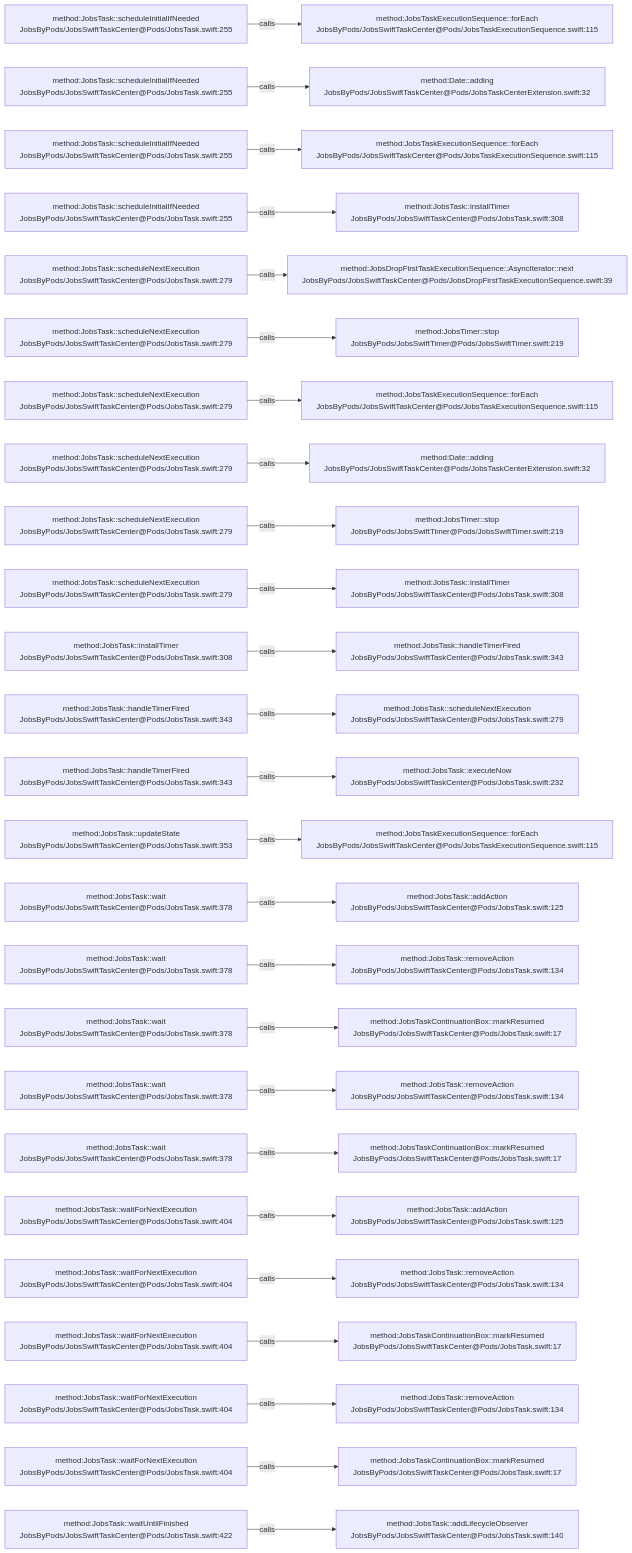
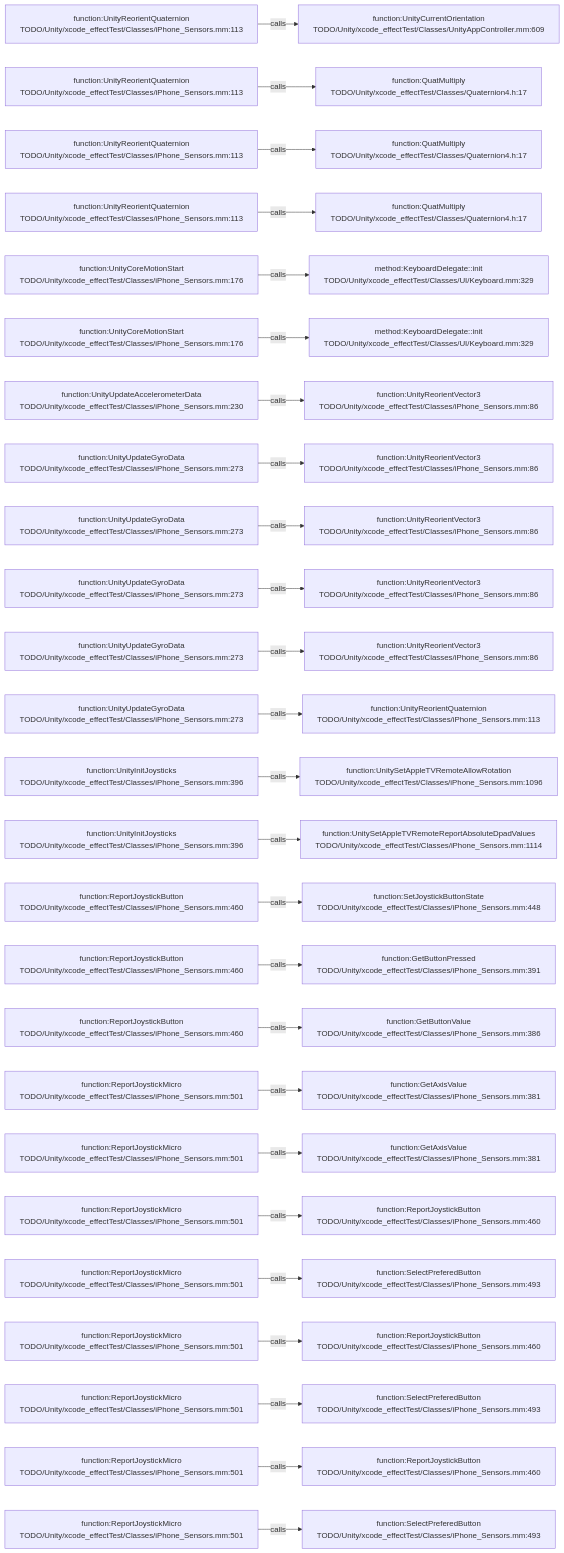
The diagram in .codegraph/codegraph.md/graphs/calls-051.md (JobsKits/JobsSwiftBaseConfigDemo), drawn with Mermaid before and after one commit. The commit also changed 227 other files, not shown here.

````diff
--- a/.codegraph/codegraph.md/graphs/calls-051.md
+++ b/.codegraph/codegraph.md/graphs/calls-051.md
@@ -13,78 +13,78 @@
 ```mermaid
 flowchart LR
-  S1["method:JobsTask::scheduleInitialIfNeeded<br/>JobsByPods/JobsSwiftTaskCenter@Pods/JobsTask.swift:255"]
-  T1["method:JobsTaskExecutionSequence::forEach<br/>JobsByPods/JobsSwiftTaskCenter@Pods/JobsTaskExecutionSequence.swift:115"]
+  S1["function:UnityReorientQuaternion<br/>TODO/Unity/xcode_effectTest/Classes/iPhone_Sensors.mm:113"]
+  T1["function:UnityCurrentOrientation<br/>TODO/Unity/xcode_effectTest/Classes/UnityAppController.mm:609"]
   S1 -->|calls| T1
-  S2["method:JobsTask::scheduleInitialIfNeeded<br/>JobsByPods/JobsSwiftTaskCenter@Pods/JobsTask.swift:255"]
-  T2["method:Date::adding<br/>JobsByPods/JobsSwiftTaskCenter@Pods/JobsTaskCenterExtension.swift:32"]
+  S2["function:UnityReorientQuaternion<br/>TODO/Unity/xcode_effectTest/Classes/iPhone_Sensors.mm:113"]
+  T2["function:QuatMultiply<br/>TODO/Unity/xcode_effectTest/Classes/Quaternion4.h:17"]
   S2 -->|calls| T2
-  S3["method:JobsTask::scheduleInitialIfNeeded<br/>JobsByPods/JobsSwiftTaskCenter@Pods/JobsTask.swift:255"]
-  T3["method:JobsTaskExecutionSequence::forEach<br/>JobsByPods/JobsSwiftTaskCenter@Pods/JobsTaskExecutionSequence.swift:115"]
+  S3["function:UnityReorientQuaternion<br/>TODO/Unity/xcode_effectTest/Classes/iPhone_Sensors.mm:113"]
+  T3["function:QuatMultiply<br/>TODO/Unity/xcode_effectTest/Classes/Quaternion4.h:17"]
   S3 -->|calls| T3
-  S4["method:JobsTask::scheduleInitialIfNeeded<br/>JobsByPods/JobsSwiftTaskCenter@Pods/JobsTask.swift:255"]
-  T4["method:JobsTask::installTimer<br/>JobsByPods/JobsSwiftTaskCenter@Pods/JobsTask.swift:308"]
+  S4["function:UnityReorientQuaternion<br/>TODO/Unity/xcode_effectTest/Classes/iPhone_Sensors.mm:113"]
+  T4["function:QuatMultiply<br/>TODO/Unity/xcode_effectTest/Classes/Quaternion4.h:17"]
   S4 -->|calls| T4
-  S5["method:JobsTask::scheduleNextExecution<br/>JobsByPods/JobsSwiftTaskCenter@Pods/JobsTask.swift:279"]
-  T5["method:JobsDropFirstTaskExecutionSequence::AsyncIterator::next<br/>JobsByPods/JobsSwiftTaskCenter@Pods/JobsDropFirstTaskExecutionSequence.swift:39"]
+  S5["function:UnityCoreMotionStart<br/>TODO/Unity/xcode_effectTest/Classes/iPhone_Sensors.mm:176"]
+  T5["method:KeyboardDelegate::init<br/>TODO/Unity/xcode_effectTest/Classes/UI/Keyboard.mm:329"]
   S5 -->|calls| T5
-  S6["method:JobsTask::scheduleNextExecution<br/>JobsByPods/JobsSwiftTaskCenter@Pods/JobsTask.swift:279"]
-  T6["method:JobsTimer::stop<br/>JobsByPods/JobsSwiftTimer@Pods/JobsSwiftTimer.swift:219"]
+  S6["function:UnityCoreMotionStart<br/>TODO/Unity/xcode_effectTest/Classes/iPhone_Sensors.mm:176"]
+  T6["method:KeyboardDelegate::init<br/>TODO/Unity/xcode_effectTest/Classes/UI/Keyboard.mm:329"]
   S6 -->|calls| T6
-  S7["method:JobsTask::scheduleNextExecution<br/>JobsByPods/JobsSwiftTaskCenter@Pods/JobsTask.swift:279"]
-  T7["method:JobsTaskExecutionSequence::forEach<br/>JobsByPods/JobsSwiftTaskCenter@Pods/JobsTaskExecutionSequence.swift:115"]
+  S7["function:UnityUpdateAccelerometerData<br/>TODO/Unity/xcode_effectTest/Classes/iPhone_Sensors.mm:230"]
+  T7["function:UnityReorientVector3<br/>TODO/Unity/xcode_effectTest/Classes/iPhone_Sensors.mm:86"]
   S7 -->|calls| T7
-  S8["method:JobsTask::scheduleNextExecution<br/>JobsByPods/JobsSwiftTaskCenter@Pods/JobsTask.swift:279"]
-  T8["method:Date::adding<br/>JobsByPods/JobsSwiftTaskCenter@Pods/JobsTaskCenterExtension.swift:32"]
+  S8["function:UnityUpdateGyroData<br/>TODO/Unity/xcode_effectTest/Classes/iPhone_Sensors.mm:273"]
+  T8["function:UnityReorientVector3<br/>TODO/Unity/xcode_effectTest/Classes/iPhone_Sensors.mm:86"]
   S8 -->|calls| T8
-  S9["method:JobsTask::scheduleNextExecution<br/>JobsByPods/JobsSwiftTaskCenter@Pods/JobsTask.swift:279"]
-  T9["method:JobsTimer::stop<br/>JobsByPods/JobsSwiftTimer@Pods/JobsSwiftTimer.swift:219"]
+  S9["function:UnityUpdateGyroData<br/>TODO/Unity/xcode_effectTest/Classes/iPhone_Sensors.mm:273"]
+  T9["function:UnityReorientVector3<br/>TODO/Unity/xcode_effectTest/Classes/iPhone_Sensors.mm:86"]
   S9 -->|calls| T9
-  S10["method:JobsTask::scheduleNextExecution<br/>JobsByPods/JobsSwiftTaskCenter@Pods/JobsTask.swift:279"]
-  T10["method:JobsTask::installTimer<br/>JobsByPods/JobsSwiftTaskCenter@Pods/JobsTask.swift:308"]
+  S10["function:UnityUpdateGyroData<br/>TODO/Unity/xcode_effectTest/Classes/iPhone_Sensors.mm:273"]
+  T10["function:UnityReorientVector3<br/>TODO/Unity/xcode_effectTest/Classes/iPhone_Sensors.mm:86"]
   S10 -->|calls| T10
-  S11["method:JobsTask::installTimer<br/>JobsByPods/JobsSwiftTaskCenter@Pods/JobsTask.swift:308"]
-  T11["method:JobsTask::handleTimerFired<br/>JobsByPods/JobsSwiftTaskCenter@Pods/JobsTask.swift:343"]
+  S11["function:UnityUpdateGyroData<br/>TODO/Unity/xcode_effectTest/Classes/iPhone_Sensors.mm:273"]
+  T11["function:UnityReorientVector3<br/>TODO/Unity/xcode_effectTest/Classes/iPhone_Sensors.mm:86"]
   S11 -->|calls| T11
-  S12["method:JobsTask::handleTimerFired<br/>JobsByPods/JobsSwiftTaskCenter@Pods/JobsTask.swift:343"]
-  T12["method:JobsTask::scheduleNextExecution<br/>JobsByPods/JobsSwiftTaskCenter@Pods/JobsTask.swift:279"]
+  S12["function:UnityUpdateGyroData<br/>TODO/Unity/xcode_effectTest/Classes/iPhone_Sensors.mm:273"]
+  T12["function:UnityReorientQuaternion<br/>TODO/Unity/xcode_effectTest/Classes/iPhone_Sensors.mm:113"]
   S12 -->|calls| T12
-  S13["method:JobsTask::handleTimerFired<br/>JobsByPods/JobsSwiftTaskCenter@Pods/JobsTask.swift:343"]
-  T13["method:JobsTask::executeNow<br/>JobsByPods/JobsSwiftTaskCenter@Pods/JobsTask.swift:232"]
+  S13["function:UnityInitJoysticks<br/>TODO/Unity/xcode_effectTest/Classes/iPhone_Sensors.mm:396"]
+  T13["function:UnitySetAppleTVRemoteAllowRotation<br/>TODO/Unity/xcode_effectTest/Classes/iPhone_Sensors.mm:1096"]
   S13 -->|calls| T13
-  S14["method:JobsTask::updateState<br/>JobsByPods/JobsSwiftTaskCenter@Pods/JobsTask.swift:353"]
-  T14["method:JobsTaskExecutionSequence::forEach<br/>JobsByPods/JobsSwiftTaskCenter@Pods/JobsTaskExecutionSequence.swift:115"]
+  S14["function:UnityInitJoysticks<br/>TODO/Unity/xcode_effectTest/Classes/iPhone_Sensors.mm:396"]
+  T14["function:UnitySetAppleTVRemoteReportAbsoluteDpadValues<br/>TODO/Unity/xcode_effectTest/Classes/iPhone_Sensors.mm:1114"]
   S14 -->|calls| T14
-  S15["method:JobsTask::wait<br/>JobsByPods/JobsSwiftTaskCenter@Pods/JobsTask.swift:378"]
-  T15["method:JobsTask::addAction<br/>JobsByPods/JobsSwiftTaskCenter@Pods/JobsTask.swift:125"]
+  S15["function:ReportJoystickButton<br/>TODO/Unity/xcode_effectTest/Classes/iPhone_Sensors.mm:460"]
+  T15["function:SetJoystickButtonState<br/>TODO/Unity/xcode_effectTest/Classes/iPhone_Sensors.mm:448"]
   S15 -->|calls| T15
-  S16["method:JobsTask::wait<br/>JobsByPods/JobsSwiftTaskCenter@Pods/JobsTask.swift:378"]
-  T16["method:JobsTask::removeAction<br/>JobsByPods/JobsSwiftTaskCenter@Pods/JobsTask.swift:134"]
+  S16["function:ReportJoystickButton<br/>TODO/Unity/xcode_effectTest/Classes/iPhone_Sensors.mm:460"]
+  T16["function:GetButtonPressed<br/>TODO/Unity/xcode_effectTest/Classes/iPhone_Sensors.mm:391"]
   S16 -->|calls| T16
-  S17["method:JobsTask::wait<br/>JobsByPods/JobsSwiftTaskCenter@Pods/JobsTask.swift:378"]
-  T17["method:JobsTaskContinuationBox::markResumed<br/>JobsByPods/JobsSwiftTaskCenter@Pods/JobsTask.swift:17"]
+  S17["function:ReportJoystickButton<br/>TODO/Unity/xcode_effectTest/Classes/iPhone_Sensors.mm:460"]
+  T17["function:GetButtonValue<br/>TODO/Unity/xcode_effectTest/Classes/iPhone_Sensors.mm:386"]
   S17 -->|calls| T17
-  S18["method:JobsTask::wait<br/>JobsByPods/JobsSwiftTaskCenter@Pods/JobsTask.swift:378"]
-  T18["method:JobsTask::removeAction<br/>JobsByPods/JobsSwiftTaskCenter@Pods/JobsTask.swift:134"]
+  S18["function:ReportJoystickMicro<br/>TODO/Unity/xcode_effectTest/Classes/iPhone_Sensors.mm:501"]
+  T18["function:GetAxisValue<br/>TODO/Unity/xcode_effectTest/Classes/iPhone_Sensors.mm:381"]
   S18 -->|calls| T18
-  S19["method:JobsTask::wait<br/>JobsByPods/JobsSwiftTaskCenter@Pods/JobsTask.swift:378"]
-  T19["method:JobsTaskContinuationBox::markResumed<br/>JobsByPods/JobsSwiftTaskCenter@Pods/JobsTask.swift:17"]
+  S19["function:ReportJoystickMicro<br/>TODO/Unity/xcode_effectTest/Classes/iPhone_Sensors.mm:501"]
+  T19["function:GetAxisValue<br/>TODO/Unity/xcode_effectTest/Classes/iPhone_Sensors.mm:381"]
   S19 -->|calls| T19
-  S20["method:JobsTask::waitForNextExecution<br/>JobsByPods/JobsSwiftTaskCenter@Pods/JobsTask.swift:404"]
-  T20["method:JobsTask::addAction<br/>JobsByPods/JobsSwiftTaskCenter@Pods/JobsTask.swift:125"]
+  S20["function:ReportJoystickMicro<br/>TODO/Unity/xcode_effectTest/Classes/iPhone_Sensors.mm:501"]
+  T20["function:ReportJoystickButton<br/>TODO/Unity/xcode_effectTest/Classes/iPhone_Sensors.mm:460"]
   S20 -->|calls| T20
-  S21["method:JobsTask::waitForNextExecution<br/>JobsByPods/JobsSwiftTaskCenter@Pods/JobsTask.swift:404"]
-  T21["method:JobsTask::removeAction<br/>JobsByPods/JobsSwiftTaskCenter@Pods/JobsTask.swift:134"]
+  S21["function:ReportJoystickMicro<br/>TODO/Unity/xcode_effectTest/Classes/iPhone_Sensors.mm:501"]
+  T21["function:SelectPreferedButton<br/>TODO/Unity/xcode_effectTest/Classes/iPhone_Sensors.mm:493"]
   S21 -->|calls| T21
-  S22["method:JobsTask::waitForNextExecution<br/>JobsByPods/JobsSwiftTaskCenter@Pods/JobsTask.swift:404"]
-  T22["method:JobsTaskContinuationBox::markResumed<br/>JobsByPods/JobsSwiftTaskCenter@Pods/JobsTask.swift:17"]
+  S22["function:ReportJoystickMicro<br/>TODO/Unity/xcode_effectTest/Classes/iPhone_Sensors.mm:501"]
+  T22["function:ReportJoystickButton<br/>TODO/Unity/xcode_effectTest/Classes/iPhone_Sensors.mm:460"]
   S22 -->|calls| T22
-  S23["method:JobsTask::waitForNextExecution<br/>JobsByPods/JobsSwiftTaskCenter@Pods/JobsTask.swift:404"]
-  T23["method:JobsTask::removeAction<br/>JobsByPods/JobsSwiftTaskCenter@Pods/JobsTask.swift:134"]
+  S23["function:ReportJoystickMicro<br/>TODO/Unity/xcode_effectTest/Classes/iPhone_Sensors.mm:501"]
+  T23["function:SelectPreferedButton<br/>TODO/Unity/xcode_effectTest/Classes/iPhone_Sensors.mm:493"]
   S23 -->|calls| T23
-  S24["method:JobsTask::waitForNextExecution<br/>JobsByPods/JobsSwiftTaskCenter@Pods/JobsTask.swift:404"]
-  T24["method:JobsTaskContinuationBox::markResumed<br/>JobsByPods/JobsSwiftTaskCenter@Pods/JobsTask.swift:17"]
+  S24["function:ReportJoystickMicro<br/>TODO/Unity/xcode_effectTest/Classes/iPhone_Sensors.mm:501"]
+  T24["function:ReportJoystickButton<br/>TODO/Unity/xcode_effectTest/Classes/iPhone_Sensors.mm:460"]
   S24 -->|calls| T24
-  S25["method:JobsTask::waitUntilFinished<br/>JobsByPods/JobsSwiftTaskCenter@Pods/JobsTask.swift:422"]
-  T25["method:JobsTask::addLifecycleObserver<br/>JobsByPods/JobsSwiftTaskCenter@Pods/JobsTask.swift:140"]
+  S25["function:ReportJoystickMicro<br/>TODO/Unity/xcode_effectTest/Classes/iPhone_Sensors.mm:501"]
+  T25["function:SelectPreferedButton<br/>TODO/Unity/xcode_effectTest/Classes/iPhone_Sensors.mm:493"]
   S25 -->|calls| T25
 ```
````
